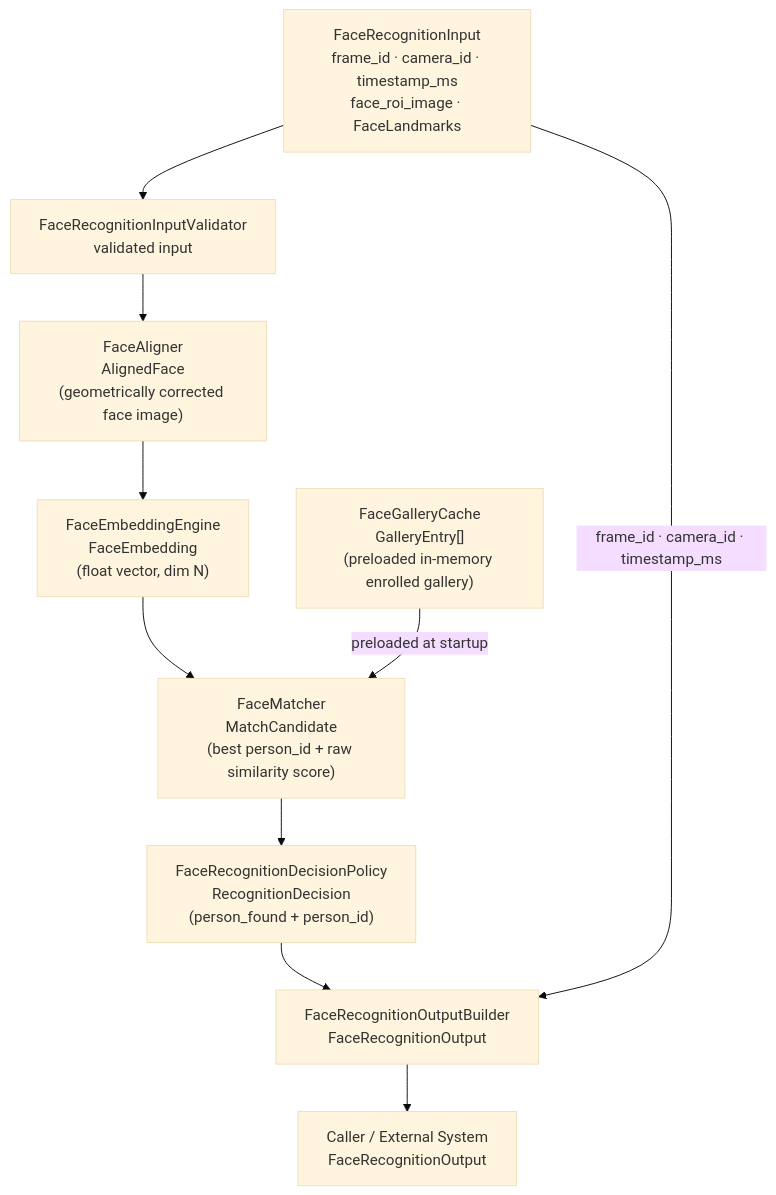
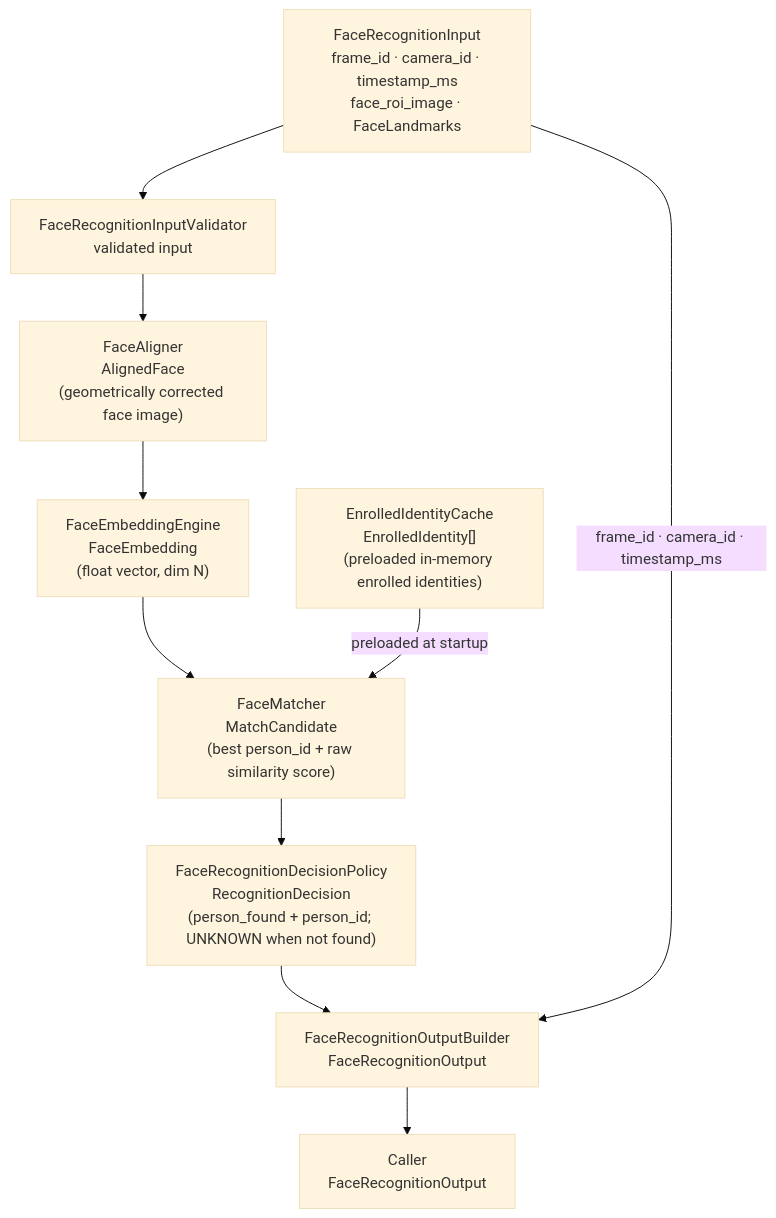
The third of 3 diagrams in doc/image_processing_service/face_recognition.md (talifruman/camera-recognition), drawn with Mermaid (base theme) before and after one commit. The commit also changed other lines of this file and 203 other files, not shown here.

````diff
--- a/doc/image_processing_service/face_recognition.md
+++ b/doc/image_processing_service/face_recognition.md
@@ -507,22 +532,22 @@
 ```mermaid
 flowchart TD
     A["FaceRecognitionInput<br/>frame_id · camera_id · timestamp_ms<br/>face_roi_image · FaceLandmarks"]
     B["FaceRecognitionInputValidator<br/>validated input"]
     C["FaceAligner<br/>AlignedFace<br/>(geometrically corrected face image)"]
     D["FaceEmbeddingEngine<br/>FaceEmbedding<br/>(float vector, dim N)"]
-    E["FaceGalleryCache<br/>GalleryEntry[]<br/>(preloaded in-memory enrolled gallery)"]
+    E["EnrolledIdentityCache<br/>EnrolledIdentity[]<br/>(preloaded in-memory enrolled identities)"]
     F["FaceMatcher<br/>MatchCandidate<br/>(best person_id + raw similarity score)"]
-    G["FaceRecognitionDecisionPolicy<br/>RecognitionDecision<br/>(person_found + person_id)"]
+    G["FaceRecognitionDecisionPolicy<br/>RecognitionDecision<br/>(person_found + person_id; UNKNOWN when not found)"]
     H["FaceRecognitionOutputBuilder<br/>FaceRecognitionOutput"]
-    I["Caller / External System<br/>FaceRecognitionOutput"]
+    I["Caller<br/>FaceRecognitionOutput"]
 
     A --> B
     B --> C
     C --> D
     D --> F
     E -->|"preloaded at startup"| F
     F --> G
     G --> H
     A -->|"frame_id · camera_id · timestamp_ms"| H
     H --> I
 ```
````
